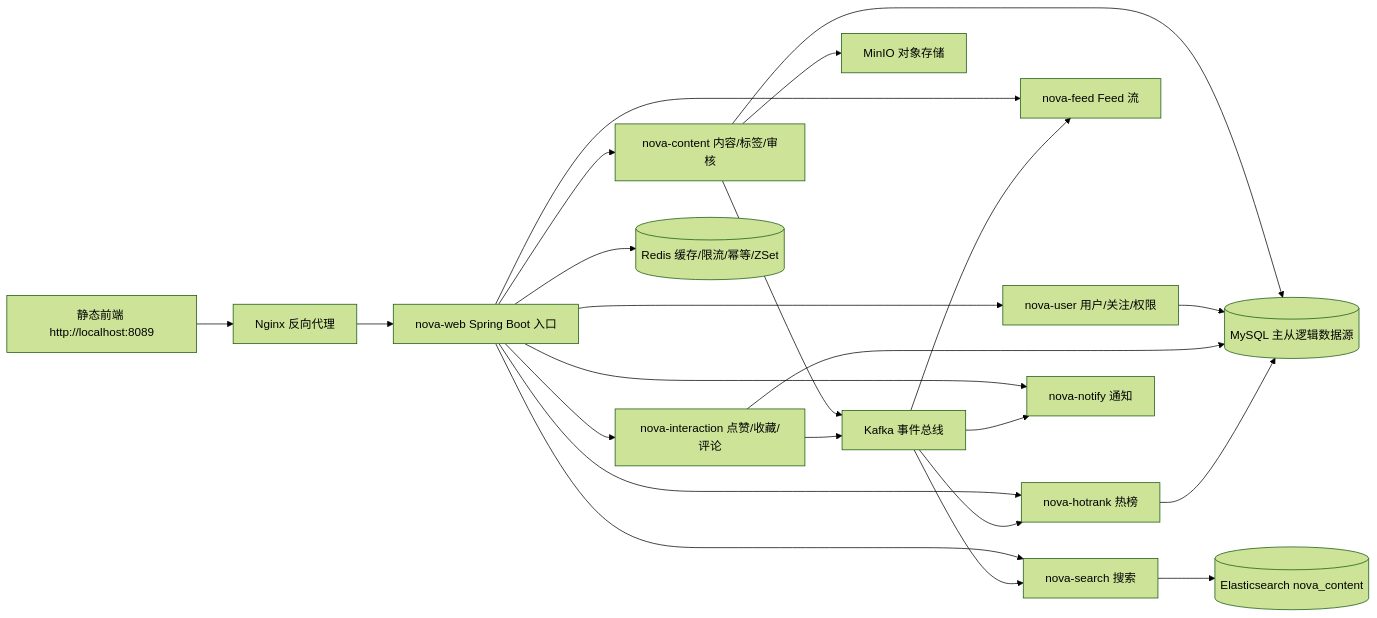
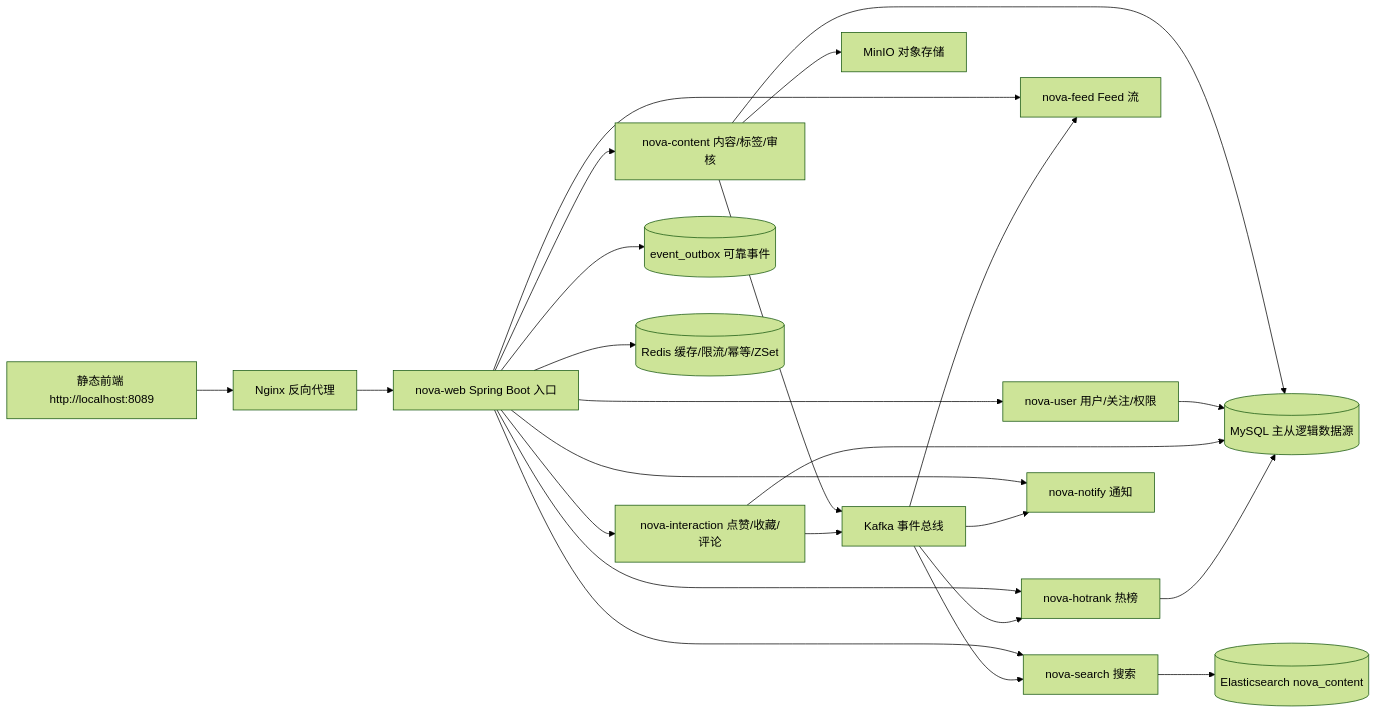
One commit to gaosanliukoushui/novahub changed the first of 7 diagrams in docs/architecture.md. Above: the diagram before and after it, drawn with Mermaid (forest theme). The commit also changed other lines of this file and 177 other files, not shown here.

````diff
--- a/docs/architecture.md
+++ b/docs/architecture.md
@@ -7,25 +7,26 @@
 ```mermaid
 flowchart LR
   Browser["静态前端 http://localhost:8089"] --> Nginx["Nginx 反向代理"]
   Nginx --> Web["nova-web Spring Boot 入口"]
   Web --> User["nova-user 用户/关注/权限"]
   Web --> Content["nova-content 内容/标签/审核"]
   Web --> Interaction["nova-interaction 点赞/收藏/评论"]
   Web --> Feed["nova-feed Feed 流"]
   Web --> HotRank["nova-hotrank 热榜"]
   Web --> Search["nova-search 搜索"]
   Web --> Notify["nova-notify 通知"]
+  Web --> Outbox[("event_outbox 可靠事件")]
   Content --> MySQL[("MySQL 主从逻辑数据源")]
   User --> MySQL
   Interaction --> MySQL
   HotRank --> MySQL
   Web --> Redis[("Redis 缓存/限流/幂等/ZSet")]
   Content --> Kafka["Kafka 事件总线"]
   Interaction --> Kafka
   Kafka --> Feed
   Kafka --> HotRank
   Kafka --> Search
   Kafka --> Notify
   Search --> ES[("Elasticsearch nova_content")]
   Content --> MinIO["MinIO 对象存储"]
 ```
````
